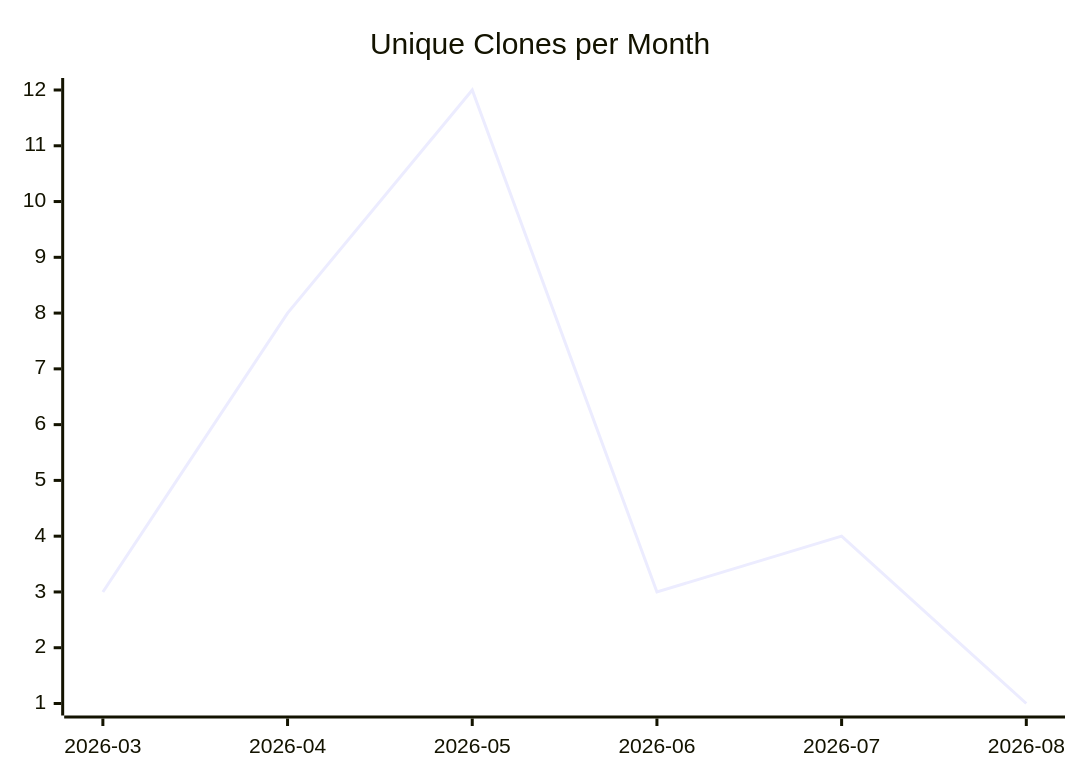
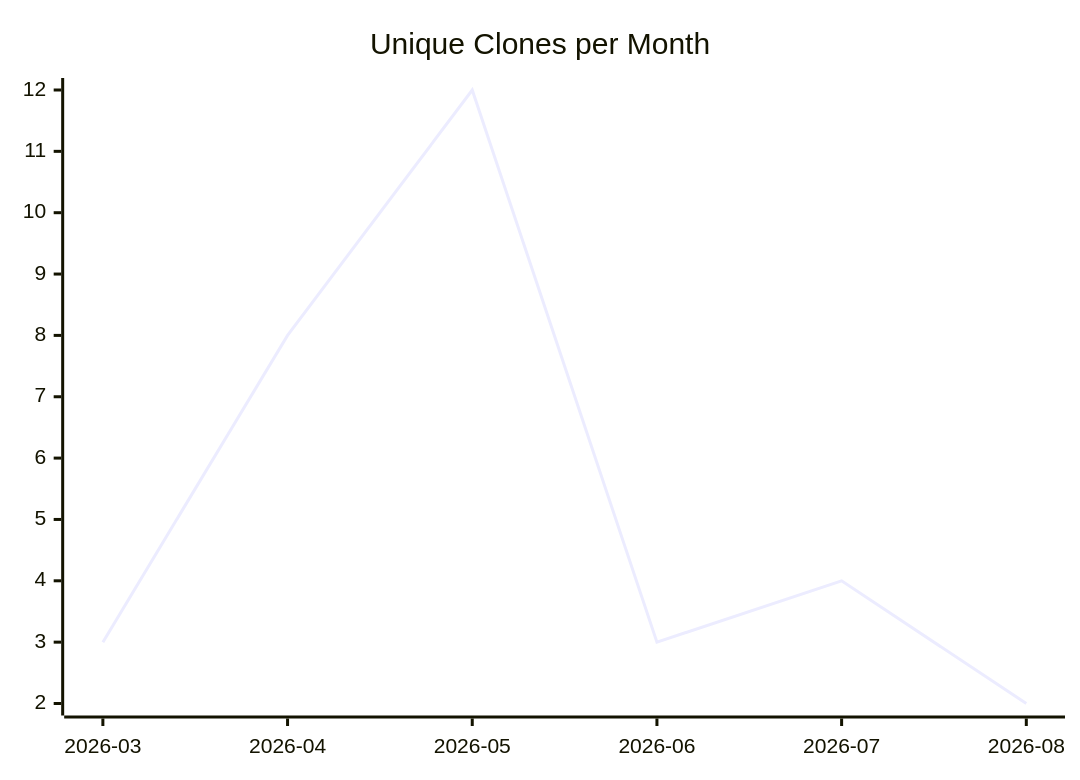
Before and after one commit to justdavis-family/github-analytics-data: the third of 3 diagrams in karlmdavis/puppet-sonar/README.md, drawn with Mermaid. The commit also changed other lines of this file and 167 other files, not shown here.

````diff
--- a/karlmdavis/puppet-sonar/README.md
+++ b/karlmdavis/puppet-sonar/README.md
@@ -19,6 +19,6 @@
 ```mermaid
 xychart-beta
   title "Unique Clones per Month"
   x-axis ["2026-03", "2026-04", "2026-05", "2026-06", "2026-07", "2026-08"]
-  line [3, 8, 12, 3, 4, 1]
+  line [3, 8, 12, 3, 4, 2]
 ```
````
